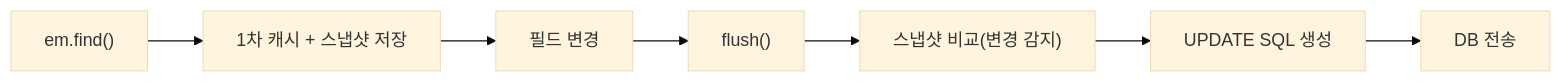
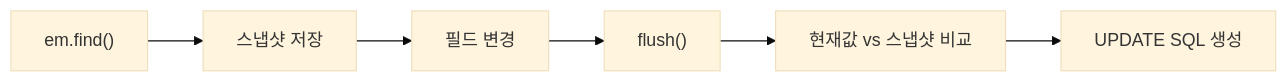
Before and after one commit to yjkim2015/yjkim2015.github.io: the fourth of 7 diagrams in _posts/jpa/2026-05-01-jpa-fundamentals.md, drawn with Mermaid (base theme). The commit also changed other lines of this file and 4 other files, not shown here.

````diff
--- a/_posts/jpa/2026-05-01-jpa-fundamentals.md
+++ b/_posts/jpa/2026-05-01-jpa-fundamentals.md
@@ -176,7 +360,8 @@
 ```mermaid
 graph LR
-    FIND["em.find()"] --> CACHE["1차 캐시 + 스냅샷 저장"]
-    CACHE --> SET["필드 변경"]
-    SET --> FL["flush()"] --> CMP["스냅샷 비교(변경 감지)"]
-    CMP --> GEN["UPDATE SQL 생성"] --> DB["DB 전송"]
+    FIND["em.find()"] --> SNAP["스냅샷 저장"]
+    SNAP --> MOD["필드 변경"]
+    MOD --> FL["flush()"]
+    FL --> CMP["현재값 vs 스냅샷 비교"]
+    CMP --> SQL["UPDATE SQL 생성"]
 ```
````
